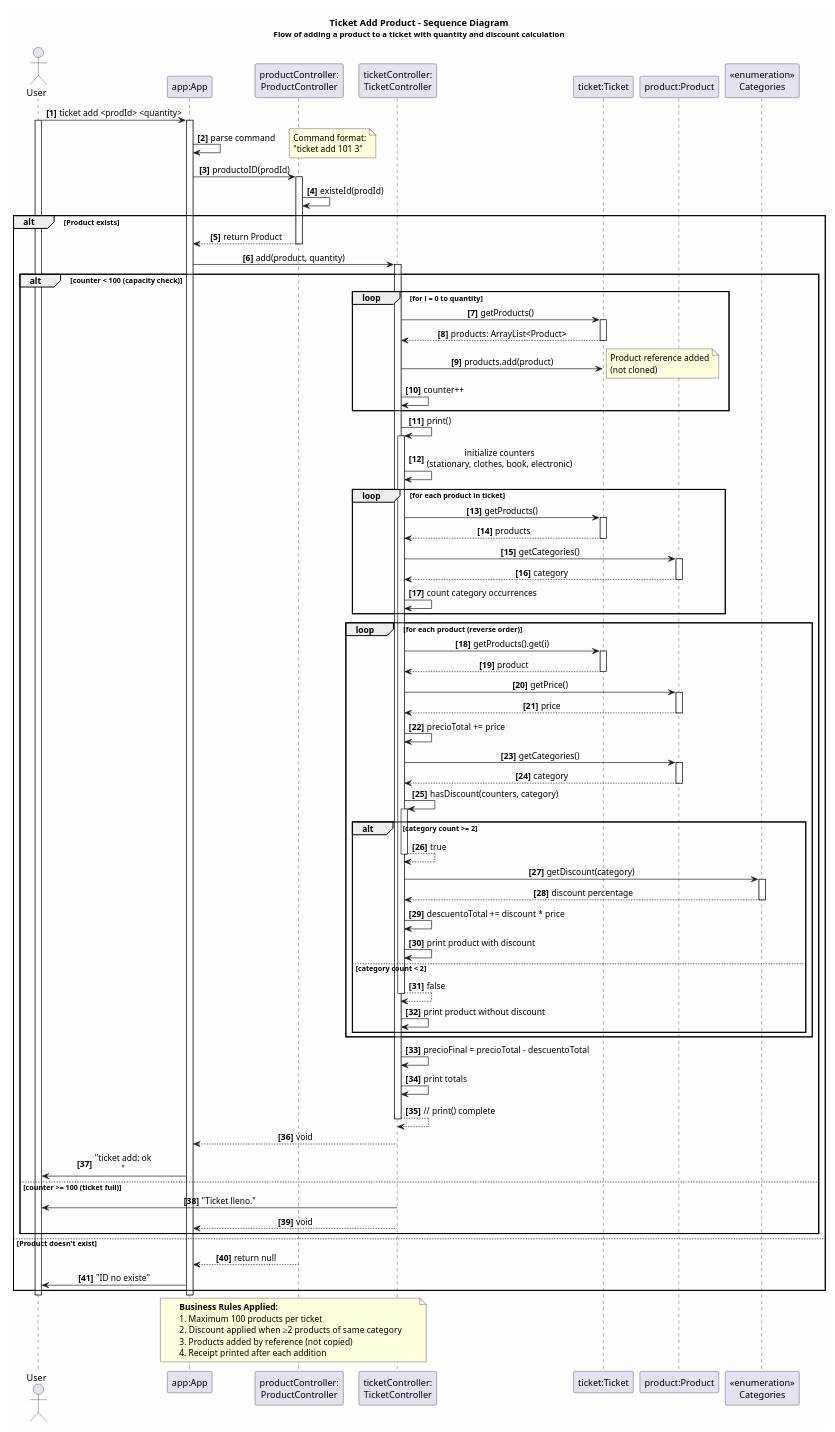
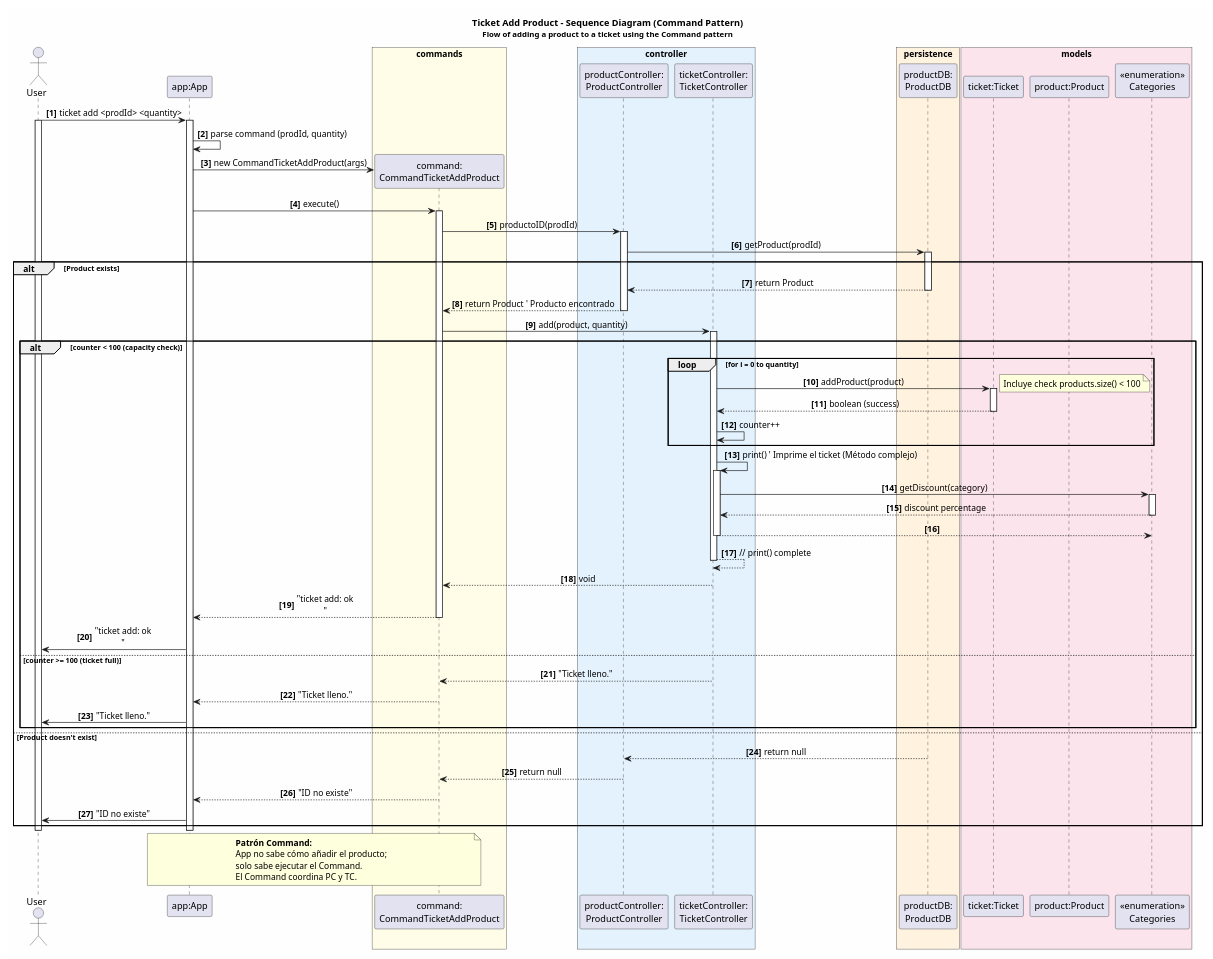
Before and after one commit to Hacking-jack/UPM_tienda: the diagram in uml/sequence-diagram-add-to-ticket.puml, drawn with PlantUML. The commit also changed other lines of this file and 5 other files, not shown here.

Commit message:
UML ACTUALIZACION

```diff
--- a/uml/sequence-diagram-add-to-ticket.puml
+++ b/uml/sequence-diagram-add-to-ticket.puml
@@ -1,124 +1,98 @@
 @startuml Sequence_Add_To_Ticket
 
 skinparam backgroundColor #FEFEFE
 skinparam sequenceMessageAlign center
 skinparam responseMessageBelowArrow true
 skinparam shadowing false
 skinparam defaultFontName Arial
 
-title Ticket Add Product - Sequence Diagram\n<size:12>Flow of adding a product to a ticket with quantity and discount calculation</size>
+title Ticket Add Product - Sequence Diagram (Command Pattern)\n<size:12>Flow of adding a product to a ticket using the Command pattern</size>
 
 actor User
 participant "app:App" as App
-participant "productController:\nProductController" as PC
-participant "ticketController:\nTicketController" as TC
-participant "ticket:Ticket" as Ticket
-participant "product:Product" as Product
-participant "<<enumeration>>\nCategories" as Cat
+box "commands" #FFFDE7
+    participant "command:\nCommandTicketAddProduct" as Cmd
+end box
+box "controller" #E3F2FD
+    participant "productController:\nProductController" as PC
+    participant "ticketController:\nTicketController" as TC
+end box
+box "persistence" #FFF3E0
+    participant "productDB:\nProductDB" as PDB
+end box
+box "models" #FCE4EC
+    participant "ticket:Ticket" as Ticket
+    participant "product:Product" as Product
+    participant "<<enumeration>>\nCategories" as Cat
+end box
+
 
 autonumber "<b>[0]"
 
 User -> App ++: ticket add <prodId> <quantity>
 activate User
 
-App -> App: parse command
-note right
-  Command format:
-  "ticket add 101 3"
-end note
+App -> App: parse command (prodId, quantity)
 
-App -> PC ++: productoID(prodId)
-PC -> PC: existeId(prodId)
+App -> Cmd **: new CommandTicketAddProduct(args)
+App -> Cmd ++: execute()
+
+Cmd -> PC ++: productoID(prodId)
+
+PC -> PDB ++: getProduct(prodId)
 
 alt Product exists
-    PC --> App --: return Product
+    PDB --> PC --: return Product
+    PC --> Cmd --: return Product ' Producto encontrado
 
-    App -> TC ++: add(product, quantity)
+    Cmd -> TC ++: add(product, quantity)
 
     alt counter < 100 (capacity check)
 
         loop for i = 0 to quantity
-            TC -> Ticket ++: getProducts()
-            return products: ArrayList<Product>
-
-            TC -> Ticket: products.add(product)
+            TC -> Ticket ++: addProduct(product)
             note right
-              Product reference added
-              (not cloned)
+              Incluye check products.size() < 100
             end note
+            return boolean (success)
 
             TC -> TC: counter++
         end loop
 
-        TC -> TC ++: print()
+        TC -> TC ++: print() ' Imprime el ticket (Método complejo)
 
-        TC -> TC: initialize counters\n(stationary, clothes, book, electronic)
+        TC -> Cat ++: getDiscount(category)
+        return discount percentage
+        TC --> Cat --
 
-        loop for each product in ticket
-            TC -> Ticket ++: getProducts()
-            return products
-
-            TC -> Product ++: getCategories()
-            return category
-
-            TC -> TC: count category occurrences
-        end loop
-
-        loop for each product (reverse order)
-            TC -> Ticket ++: getProducts().get(i)
-            return product
-
-            TC -> Product ++: getPrice()
-            return price
-            TC -> TC: precioTotal += price
-
-            TC -> Product ++: getCategories()
-            return category
-
-            TC -> TC ++: hasDiscount(counters, category)
-
-            alt category count >= 2
-                TC --> TC --: true
-
-                TC -> Cat ++: getDiscount(category)
-                return discount percentage
-
-                TC -> TC: descuentoTotal += discount * price
-                TC -> TC: print product with discount
-            else category count < 2
-                TC --> TC --: false
-                TC -> TC: print product without discount
-            end
-
-        end loop
-
-        TC -> TC: precioFinal = precioTotal - descuentoTotal
-        TC -> TC: print totals
         TC --> TC --: // print() complete
 
-        TC --> App --: void
+        TC --> Cmd --: void
 
+        Cmd --> App --: "ticket add: ok\n"
         App -> User: "ticket add: ok\n"
 
     else counter >= 100 (ticket full)
-        TC -> User: "Ticket lleno."
-        TC --> App --: void
+        TC --> Cmd --: "Ticket lleno."
+        Cmd --> App --: "Ticket lleno."
+        App -> User: "Ticket lleno."
     end
 
 else Product doesn't exist
-    PC --> App --: return null
+    PDB --> PC --: return null
+    PC --> Cmd --: return null
+    Cmd --> App --: "ID no existe"
     App -> User: "ID no existe"
 end
 
 deactivate User
 deactivate App
 
-note over App, TC
-  <b>Business Rules Applied:</b>
-  1. Maximum 100 products per ticket
-  2. Discount applied when ≥2 products of same category
-  3. Products added by reference (not copied)
-  4. Receipt printed after each addition
+note over App, Cmd
+  <b>Patrón Command:</b>
+  App no sabe cómo añadir el producto;
+  solo sabe ejecutar el Command.
+  El Command coordina PC y TC.
 end note
 
 @enduml
```
